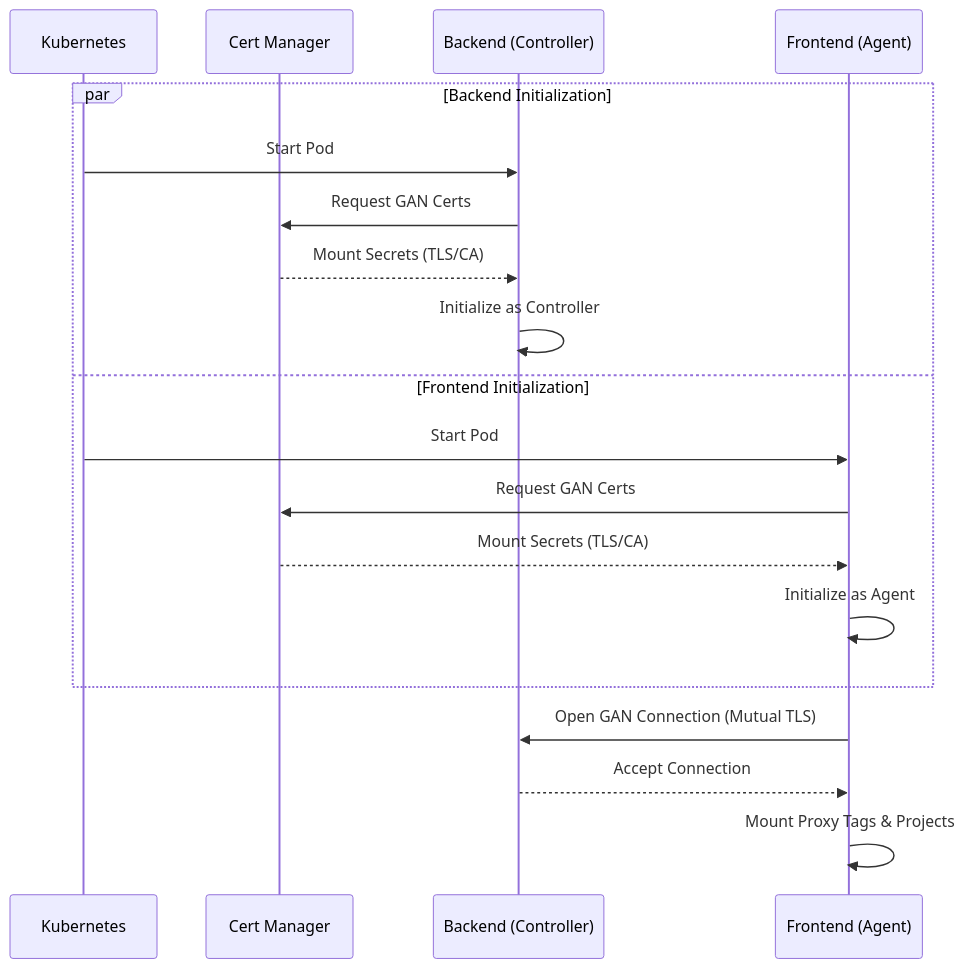
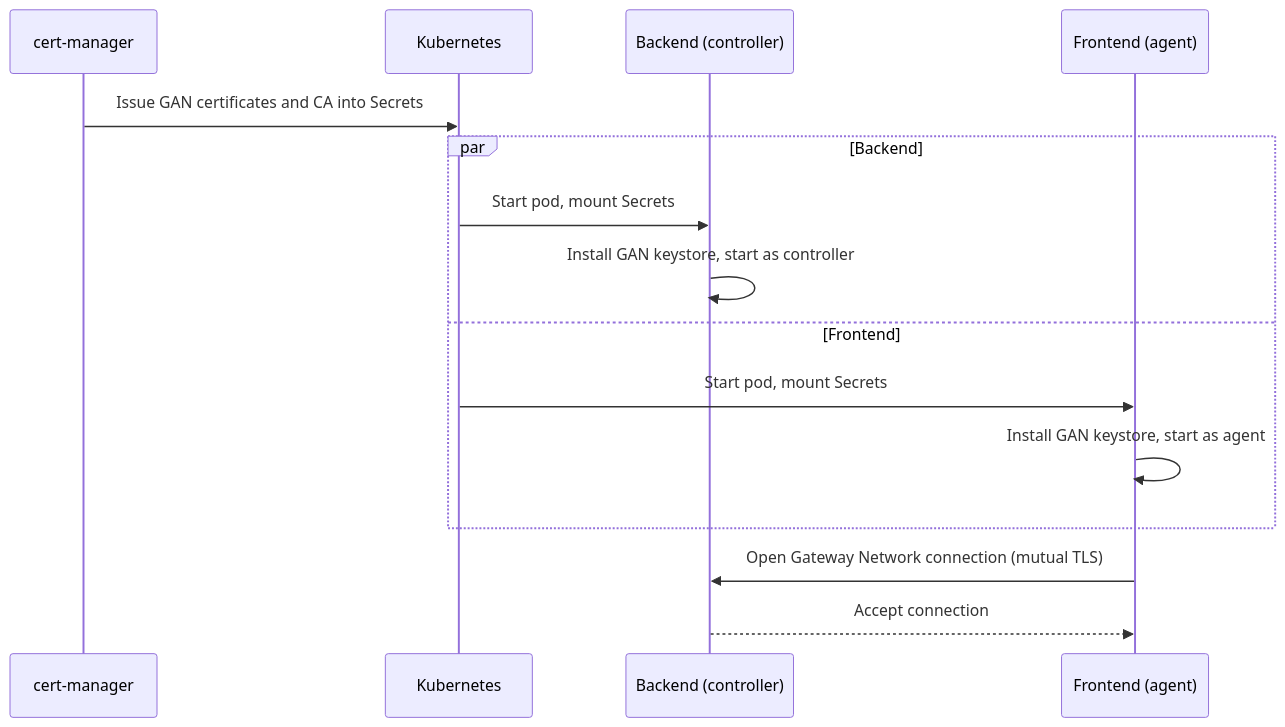
One commit to Apollogeddon/ignition-helm changed the diagram in webpage/src/content/docs/charts/scaleout.md. Above: the diagram before and after it, drawn with Mermaid. The commit also changed other lines of this file and 24 other files, not shown here.

First line of the commit message:
docs: correct and tidy the README, chart docs, examples and site

````diff
--- a/webpage/src/content/docs/charts/scaleout.md
+++ b/webpage/src/content/docs/charts/scaleout.md
@@ -14,23 +14,18 @@
 ```mermaid
 sequenceDiagram
+    participant Certs as cert-manager
     participant K8s as Kubernetes
-    participant Certs as Cert Manager
-    participant Backend as Backend (Controller)
-    participant Frontend as Frontend (Agent)
-    
-    par Backend Initialization
-        K8s->>Backend: Start Pod
-        Backend->>Certs: Request GAN Certs
-        Certs-->>Backend: Mount Secrets (TLS/CA)
-        Backend->>Backend: Initialize as Controller
-    and Frontend Initialization
-        K8s->>Frontend: Start Pod
-        Frontend->>Certs: Request GAN Certs
-        Certs-->>Frontend: Mount Secrets (TLS/CA)
-        Frontend->>Frontend: Initialize as Agent
+    participant Backend as Backend (controller)
+    participant Frontend as Frontend (agent)
+
+    Certs->>K8s: Issue GAN certificates and CA into Secrets
+    par Backend
+        K8s->>Backend: Start pod, mount Secrets
+        Backend->>Backend: Install GAN keystore, start as controller
+    and Frontend
+        K8s->>Frontend: Start pod, mount Secrets
+        Frontend->>Frontend: Install GAN keystore, start as agent
     end
-    
-    Frontend->>Backend: Open GAN Connection (Mutual TLS)
-    Backend-->>Frontend: Accept Connection
-    Frontend->>Frontend: Mount Proxy Tags & Projects
+    Frontend->>Backend: Open Gateway Network connection (mutual TLS)
+    Backend-->>Frontend: Accept connection
 ```
````
